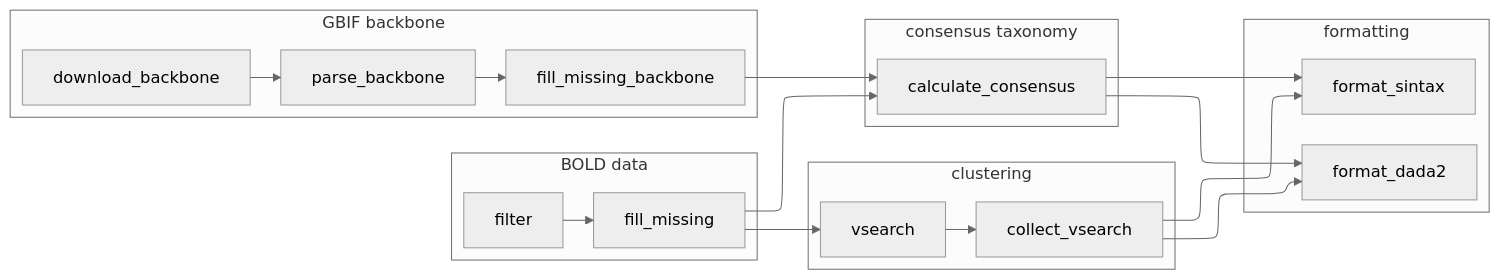
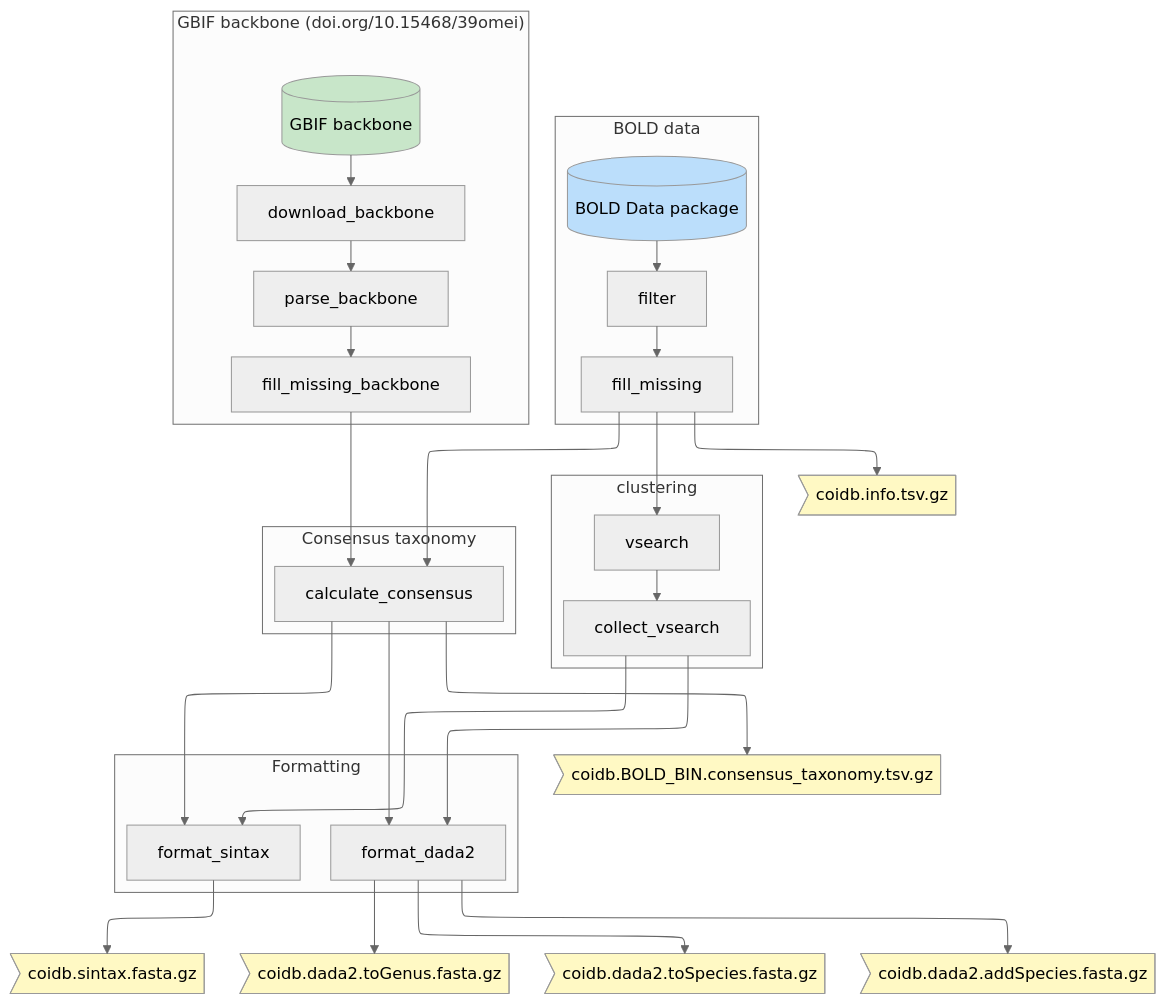
One commit to insect-biome-atlas/coidb changed the diagram in README.md. Above: the diagram before and after it, drawn with Mermaid.

````diff
--- a/README.md
+++ b/README.md
@@ -3,32 +3,50 @@
 ```mermaid
 ---
 config:
   theme: neutral
   layout: elk
 ---
-flowchart LR
-    subgraph BOLD data
-        A["filter"] --> B["fill_missing"]
-    end
-    subgraph clustering
-        B --> I["vsearch"]
-        I --> J["collect_vsearch"]
-    end
-    subgraph consensus taxonomy
-    C["calculate_consensus"] 
-    end
-    B --> C
-    subgraph formatting
-    D["format_sintax"]
-    E["format_dada2"]
-    end
-    C --> D["format_sintax"] & E["format_dada2"]
-    subgraph GBIF backbone
-    F["download_backbone"] --> G["parse_backbone"]
-    G --> H["fill_missing_backbone"]
-    end
+flowchart TD
+ subgraph subGraph0["BOLD data"]
+        BOLD[("BOLD Data package")]
+        A["filter"]
+        B["fill_missing"]
+  end
+ subgraph clustering["clustering"]
+        I["vsearch"]
+        J["collect_vsearch"]
+  end
+ subgraph subGraph2["Consensus taxonomy"]
+        C["calculate_consensus"]
+  end
+ subgraph formatting["Formatting"]
+        D["format_sintax"]
+        E["format_dada2"]
+  end
+ subgraph subGraph4["GBIF backbone (doi.org/10.15468/39omei)"]
+        GBIF[("GBIF backbone")]
+        G["parse_backbone"]
+        F["download_backbone"]
+        H["fill_missing_backbone"]
+  end
+    B --> file5>"coidb.info.tsv.gz"] & I & C
+    C --> file6>"coidb.BOLD_BIN.consensus_taxonomy.tsv.gz"] & D & E
+    BOLD --> A
+    A --> B
+    I --> J
+    GBIF --> F
+    F --> G
+    G --> H
     H --> C
-    
     J --> D & E
-
+    D --> file1>"coidb.sintax.fasta.gz"]
+    E --> file2>"coidb.dada2.toGenus.fasta.gz"] & file3>"coidb.dada2.toSpecies.fasta.gz"] & file4>"coidb.dada2.addSpecies.fasta.gz"]
+    style BOLD fill:#BBDEFB
+    style GBIF fill:#C8E6C9
+    style file5 fill:#FFF9C4
+    style file6 fill:#FFF9C4
+    style file1 fill:#FFF9C4
+    style file2 fill:#FFF9C4
+    style file3 fill:#FFF9C4
+    style file4 fill:#FFF9C4
 ```
````
